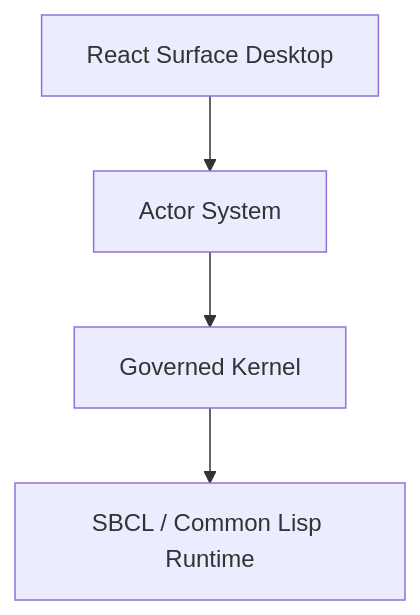
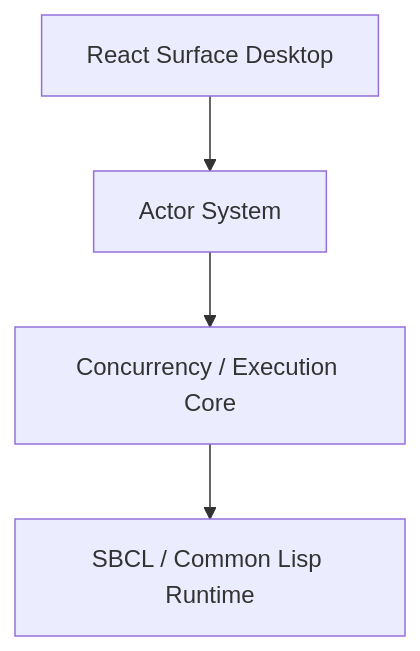
One commit to pauljbernard/sbcl-agent changed the first of 5 diagrams in README.md. Above: the diagram before and after it, drawn with Mermaid. The commit also changed other lines of this file and 124 other files, not shown here.

Commit message:
Refactor runtime around actor concurrency core

````diff
--- a/README.md
+++ b/README.md
@@ -108,11 +108,11 @@
 ```mermaid
 flowchart TB
     React["React Surface Desktop"]
     Actor["Actor System"]
-    Kernel["Governed Kernel"]
+    Core["Concurrency / Execution Core"]
     Runtime["SBCL / Common Lisp Runtime"]
 
     React --> Actor
-    Actor --> Kernel
-    Kernel --> Runtime
+    Actor --> Core
+    Core --> Runtime
 ```
````
